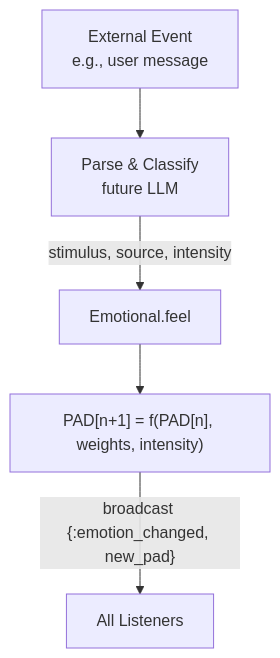
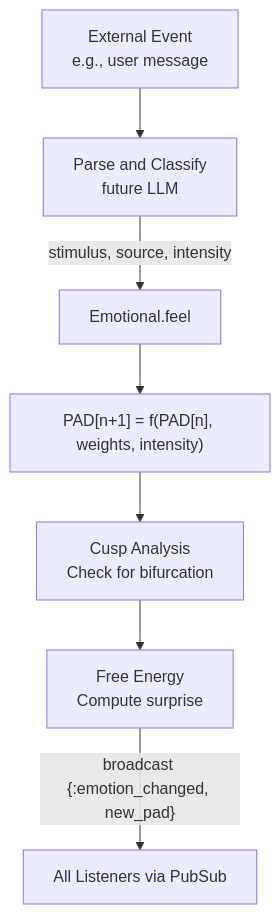
Before and after one commit to gabrielmaialva33/viva: the seventh of 9 diagrams in docs/en/explanation/architecture.md, drawn with Mermaid. The commit also changed other lines of this file and 4 other files, not shown here.

````diff
--- a/docs/en/explanation/architecture.md
+++ b/docs/en/explanation/architecture.md
@@ -243,13 +294,17 @@
 ```mermaid
 flowchart TD
     Event[External Event<br/>e.g., user message]
-    Parse[Parse & Classify<br/>future LLM]
+    Parse[Parse and Classify<br/>future LLM]
     Feel[Emotional.feel]
     Math["PAD[n+1] = f(PAD[n], weights, intensity)"]
-    Listeners[All Listeners]
+    Cusp["Cusp Analysis<br/>Check for bifurcation"]
+    FE["Free Energy<br/>Compute surprise"]
+    Listeners[All Listeners via PubSub]
 
     Event --> Parse
     Parse -->|"stimulus, source, intensity"| Feel
     Feel --> Math
-    Math -->|"broadcast {:emotion_changed, new_pad}"| Listeners
+    Math --> Cusp
+    Cusp --> FE
+    FE -->|"broadcast {:emotion_changed, new_pad}"| Listeners
 ```
````
